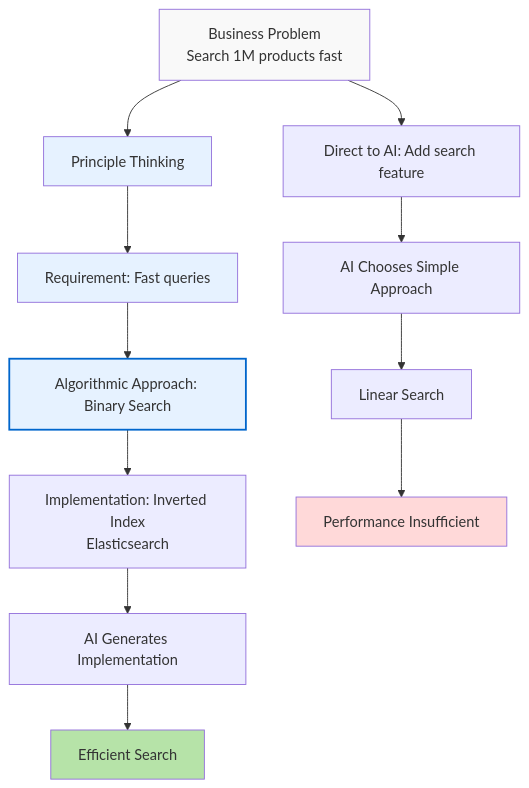
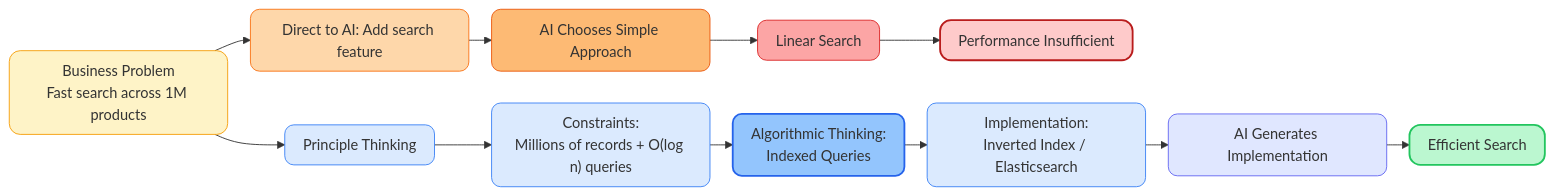
Before and after one commit to microwind/algorithms: the third of 5 diagrams in start-here/Why-Programmers-35-Plus-Are-Thriving-in-AI-Era-EN.md, drawn with Mermaid. The commit also changed other lines of this file and 1 other file, not shown here.

````diff
--- a/start-here/Why-Programmers-35-Plus-Are-Thriving-in-AI-Era-EN.md
+++ b/start-here/Why-Programmers-35-Plus-Are-Thriving-in-AI-Era-EN.md
@@ -146,22 +206,34 @@
 ```mermaid
-graph TD
-    A["Business Problem<br/>Search 1M products fast"] --> B["Principle Thinking"]
-    B --> B1["Requirement: Fast queries"]
-    B1 --> B2["Algorithmic Approach: Binary Search"]
-    B2 --> B3["Implementation: Inverted Index<br/>Elasticsearch"]
+%%{init: {'flowchart': {'nodeSpacing': 35, 'rankSpacing': 25, 'padding': 10}}}%%
+graph LR
 
-    B3 --> C["AI Generates Implementation"]
-    C --> D["Efficient Search"]
+    %% ===== Correct Path =====
+    A["Business Problem<br/>Fast search across 1M products"] --> B["Principle Thinking"]
 
+    %% ===== Wrong Path =====
     A --> E["Direct to AI: Add search feature"]
     E --> F["AI Chooses Simple Approach"]
     F --> G["Linear Search"]
     G --> H["Performance Insufficient"]
 
-    style A fill:#f9f9f9
-    style B fill:#E6F2FF
-    style B1 fill:#E6F2FF
-    style B2 fill:#E6F2FF,stroke:#0066CC,stroke-width:2px
-    style D fill:#b6e3a8
-    style H fill:#FFD9D9
+    B --> B1["Constraints:<br/>Millions of records + O(log n) queries"]
+    B1 --> B2["Algorithmic Thinking:<br>Indexed Queries"]
+    B2 --> B3["Implementation:<br>Inverted Index / Elasticsearch"]
+    B3 --> C["AI Generates Implementation"]
+    C --> D["Efficient Search"]
+
+    %% ===== Correct Path Colors =====
+    style A fill:#FEF3C7,stroke:#F59E0B,rx:12,ry:12
+    style B fill:#DBEAFE,stroke:#3B82F6,rx:10,ry:10
+    style B1 fill:#DBEAFE,stroke:#3B82F6,rx:10,ry:10
+    style B2 fill:#93C5FD,stroke:#2563EB,stroke-width:2px,rx:10,ry:10
+    style B3 fill:#DBEAFE,stroke:#3B82F6,rx:10,ry:10
+    style C fill:#E0E7FF,stroke:#6366F1,rx:10,ry:10
+    style D fill:#BBF7D0,stroke:#22C55E,stroke-width:2px,rx:12,ry:12
+
+    %% ===== Wrong Path Colors =====
+    style E fill:#FED7AA,stroke:#F97316,rx:10,ry:10
+    style F fill:#FDBA74,stroke:#EA580C,rx:10,ry:10
+    style G fill:#FCA5A5,stroke:#DC2626,rx:10,ry:10
+    style H fill:#FECACA,stroke:#B91C1C,stroke-width:2px,rx:12,ry:12
 ```
````
